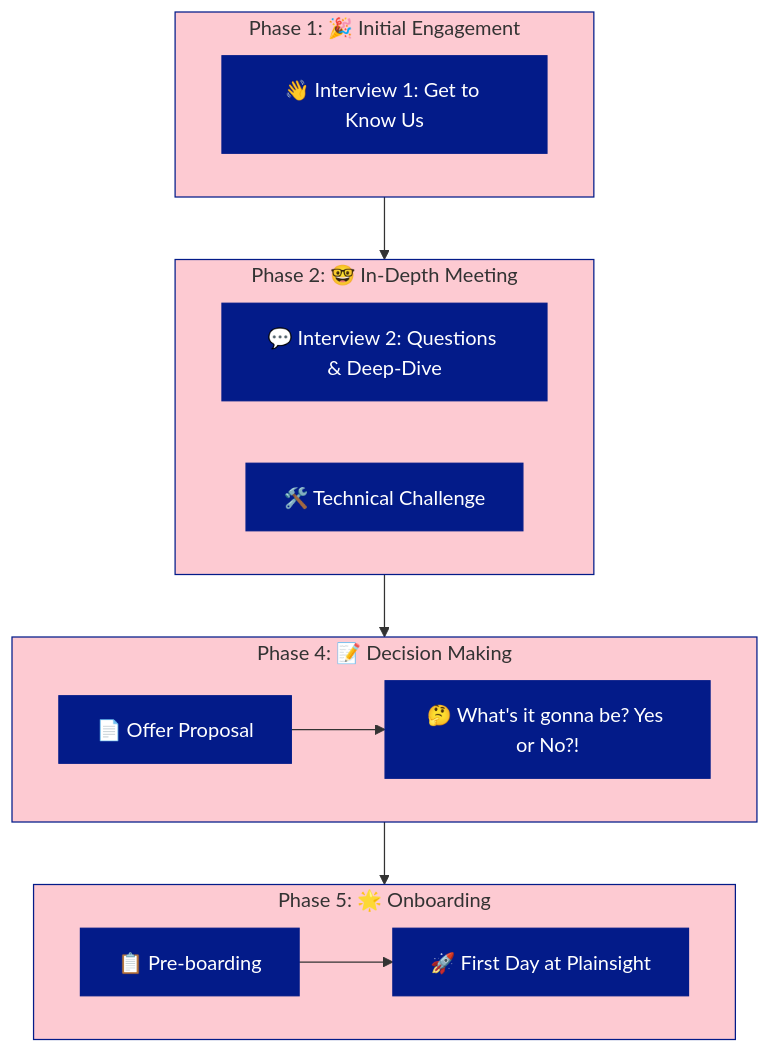
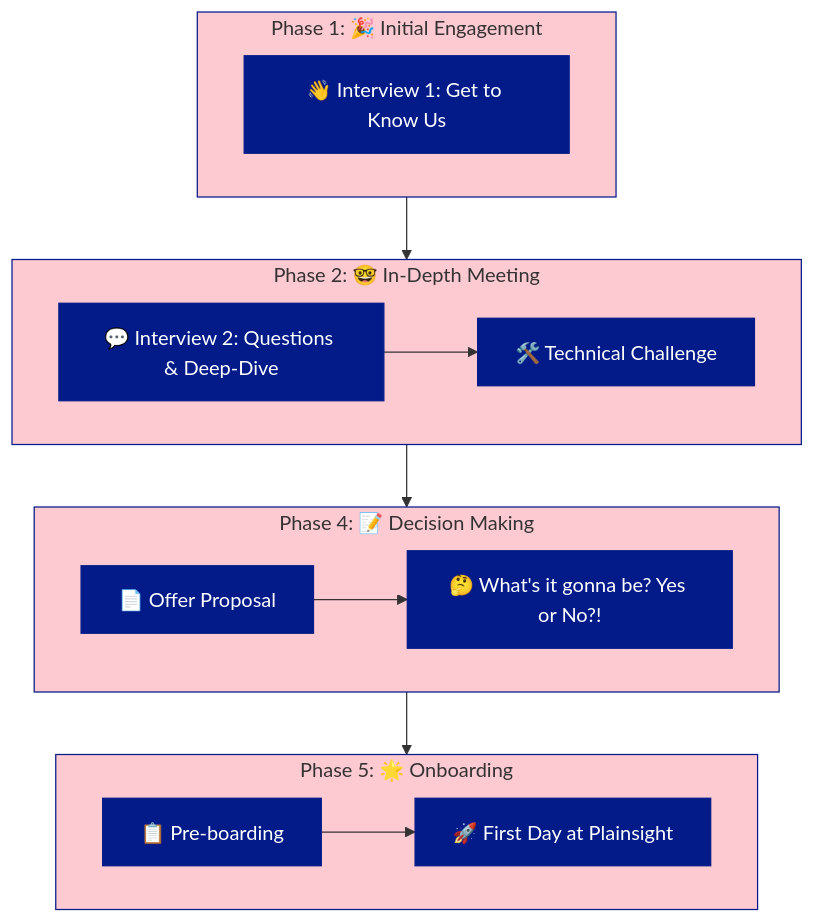
The diagram in People Ops/Your Employee Journey/🛹 Pre-boarding & Hiring.md (PlainsightPro/Vision-Playbook), drawn with Mermaid before and after one commit. The commit also changed other lines of this file and 4 other files, not shown here.

````diff
--- a/People Ops/Your Employee Journey/🛹 Pre-boarding & Hiring.md
+++ b/People Ops/Your Employee Journey/🛹 Pre-boarding & Hiring.md
@@ -5,38 +6,39 @@
 ```mermaid
 ---
 config:
   layout: elk
   theme: forest
   look: neo
 ---
 
 graph TB;
     subgraph A[Phase 1: 🎉 Initial Engagement]
         A1[👋 Interview 1: Get to Know Us]
     end
     
     subgraph B[Phase 2: 🤓 In-Depth Meeting]
         direction LR
-        B1[💬 Interview 2: Questions & Deep-Dive]
+        B1[💬 Interview 2: Questions & Deep-Dive] 
         B2[🛠️ Technical Challenge]
     end
 
     subgraph C[Phase 4: 📝 Decision Making]
         direction LR
         C1[📄 Offer Proposal] --> C2[🤔 What's it gonna be? Yes or No?!]
     end
 
     subgraph D[Phase 5: 🌟 Onboarding]
         direction LR
         D1[📋 Pre-boarding] --> D2[🚀 First Day at Plainsight]
     end
 
     A --> B --> C --> D
+    B1 --> B2
     
     classDef outerBox fill:#FDCAD2,stroke:#031B89,stroke-width:1px;
     class A,B,C,D outerBox;
     
     classDef innerbox fill:#031B89,stroke:#031B89,stroke-width:1px,color:#FFFFFF;
     class A1,B1,B2,C1,C2,D1,D2 innerbox;
     
 ```
````
